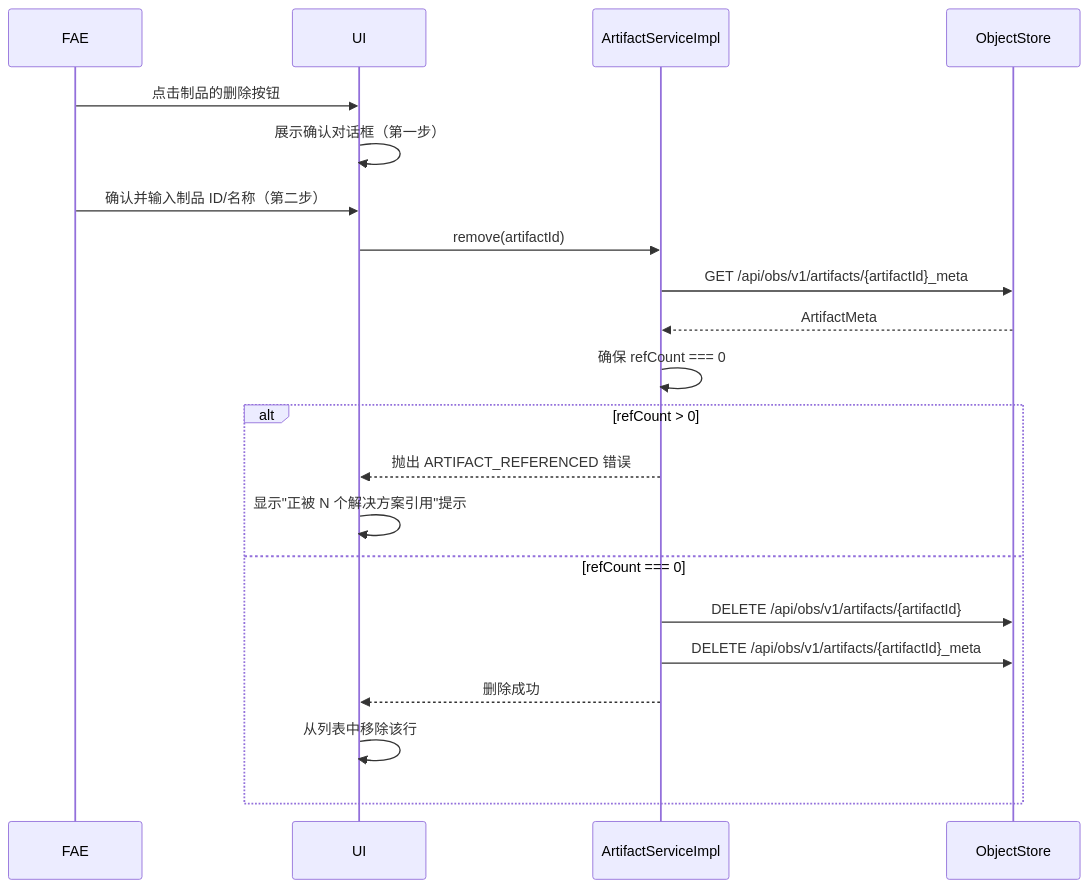
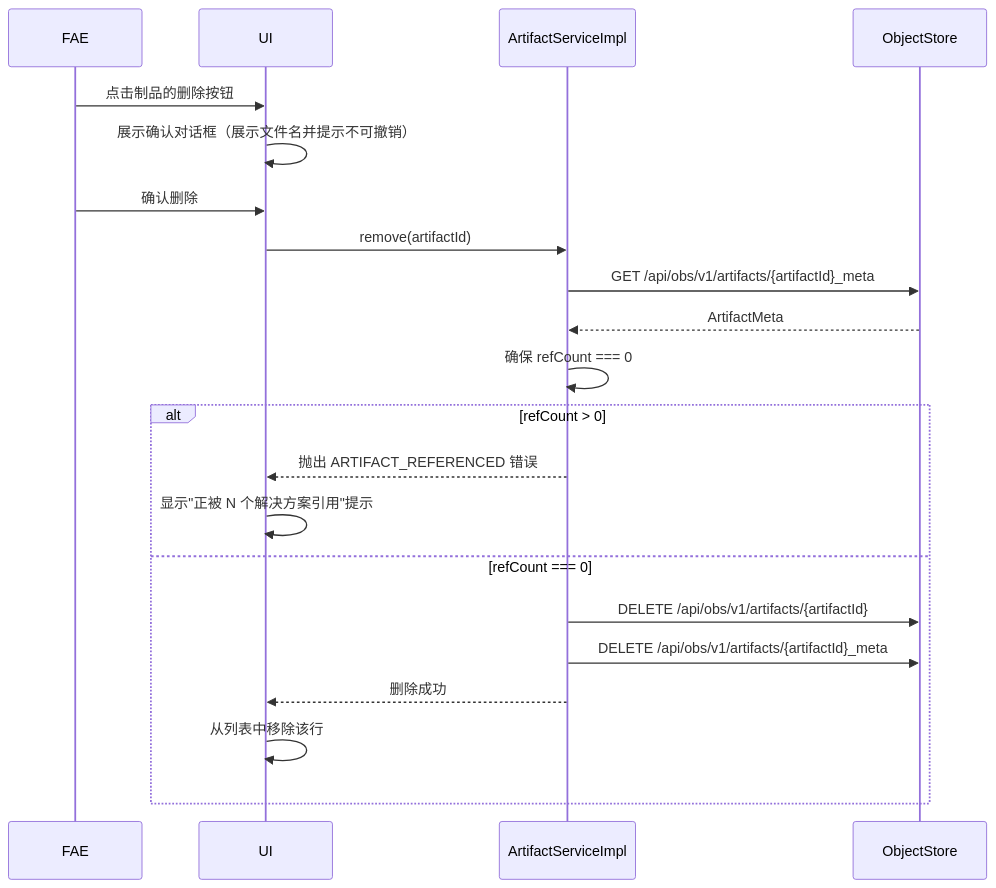
One commit to etrita005/syrius-robotops changed the fifth of 9 diagrams in documents/design/artifact_management_design.md. Above: the diagram before and after it, drawn with Mermaid. The commit also changed other lines of this file and 10 other files, not shown here.

````diff
--- a/documents/design/artifact_management_design.md
+++ b/documents/design/artifact_management_design.md
@@ -389,24 +389,24 @@
 ```mermaid
 sequenceDiagram
     participant FAE
     participant UI
     participant ASI as ArtifactServiceImpl
     participant OS as ObjectStore
 
     FAE->>UI: 点击制品的删除按钮
-    UI->>UI: 展示确认对话框（第一步）
-    FAE->>UI: 确认并输入制品 ID/名称（第二步）
+    UI->>UI: 展示确认对话框（展示文件名并提示不可撤销）
+    FAE->>UI: 确认删除
     UI->>ASI: remove(artifactId)
     ASI->>OS: GET /api/obs/v1/artifacts/{artifactId}_meta
     OS-->>ASI: ArtifactMeta
     ASI->>ASI: 确保 refCount === 0
     alt refCount > 0
         ASI-->>UI: 抛出 ARTIFACT_REFERENCED 错误
         UI->>UI: 显示"正被 N 个解决方案引用"提示
     else refCount === 0
         ASI->>OS: DELETE /api/obs/v1/artifacts/{artifactId}
         ASI->>OS: DELETE /api/obs/v1/artifacts/{artifactId}_meta
         ASI-->>UI: 删除成功
         UI->>UI: 从列表中移除该行
     end
 ```
````
